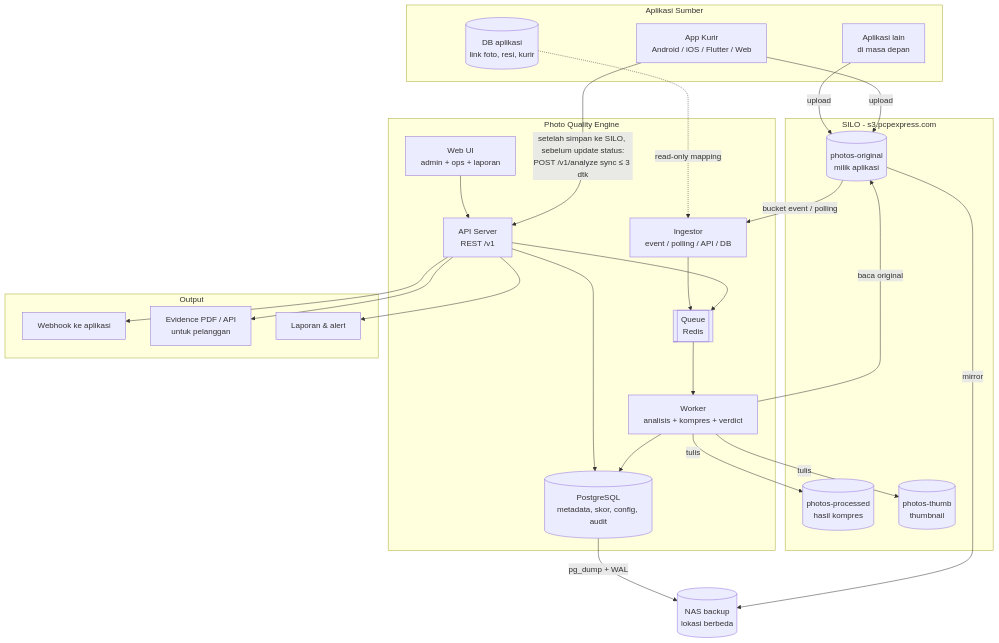
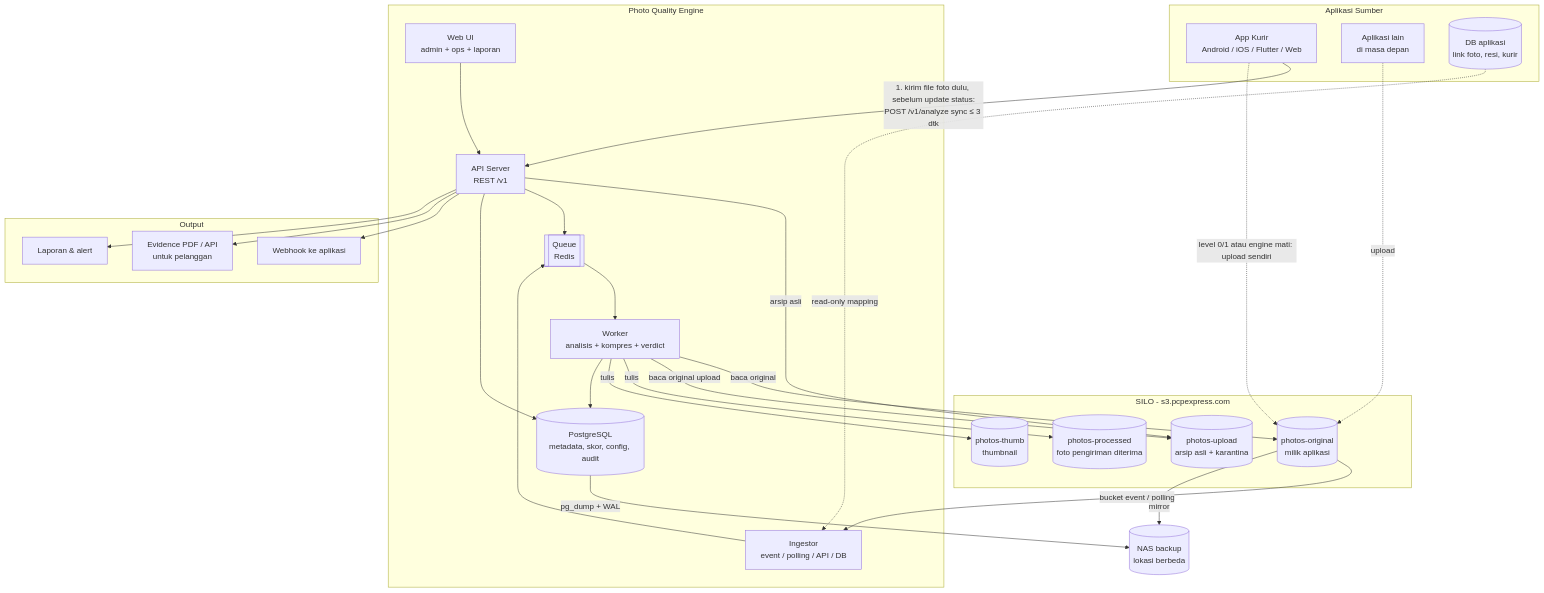
One commit to anas-fikri/ocr-engine changed the third of 20 diagrams in docs/sdlc-plan.md. Above: the diagram before and after it, drawn with Mermaid. The commit also changed other lines of this file and 10 other files, not shown here.

````diff
--- a/docs/sdlc-plan.md
+++ b/docs/sdlc-plan.md
@@ -292,51 +299,54 @@
 ```mermaid
 flowchart TB
     subgraph Sumber[Aplikasi Sumber]
         A1[App Kurir<br/>Android / iOS / Flutter / Web]
         A2[Aplikasi lain<br/>di masa depan]
         ADB[(DB aplikasi<br/>link foto, resi, kurir)]
     end
 
     subgraph SILO[SILO - s3.pcpexpress.com]
         B1[(photos-original<br/>milik aplikasi)]
-        B2[(photos-processed<br/>hasil kompres)]
+        B4[(photos-upload<br/>arsip asli + karantina)]
+        B2[(photos-processed<br/>foto pengiriman diterima)]
         B3[(photos-thumb<br/>thumbnail)]
     end
 
     subgraph Engine[Photo Quality Engine]
         I[Ingestor<br/>event / polling / API / DB]
         Q[[Queue<br/>Redis]]
         W[Worker<br/>analisis + kompres + verdict]
         API[API Server<br/>REST /v1]
         UI[Web UI<br/>admin + ops + laporan]
         PG[(PostgreSQL<br/>metadata, skor, config, audit)]
     end
 
     subgraph Output[Output]
         WH[Webhook ke aplikasi]
         EV[Evidence PDF / API<br/>untuk pelanggan]
         RP[Laporan & alert]
     end
 
     NAS[(NAS backup<br/>lokasi berbeda)]
 
-    A1 -->|upload| B1
-    A2 -->|upload| B1
-    A1 -->|setelah simpan ke SILO, sebelum update status:<br/>POST /v1/analyze sync ≤ 3 dtk| API
+    A1 -->|1. kirim file foto dulu, sebelum update status:<br/>POST /v1/analyze sync ≤ 3 dtk| API
+    A1 -.->|level 0/1 atau engine mati: upload sendiri| B1
+    A2 -.->|upload| B1
+    API -->|arsip asli| B4
     B1 -->|bucket event / polling| I
     ADB -.->|read-only mapping| I
     API --> Q
     I --> Q
     Q --> W
     W -->|baca original| B1
+    W -->|baca original upload| B4
     W -->|tulis| B2
     W -->|tulis| B3
     W --> PG
     API --> PG
     UI --> API
     API --> WH
     API --> EV
     API --> RP
     B1 -->|mirror| NAS
     PG -->|pg_dump + WAL| NAS
 ```
````
